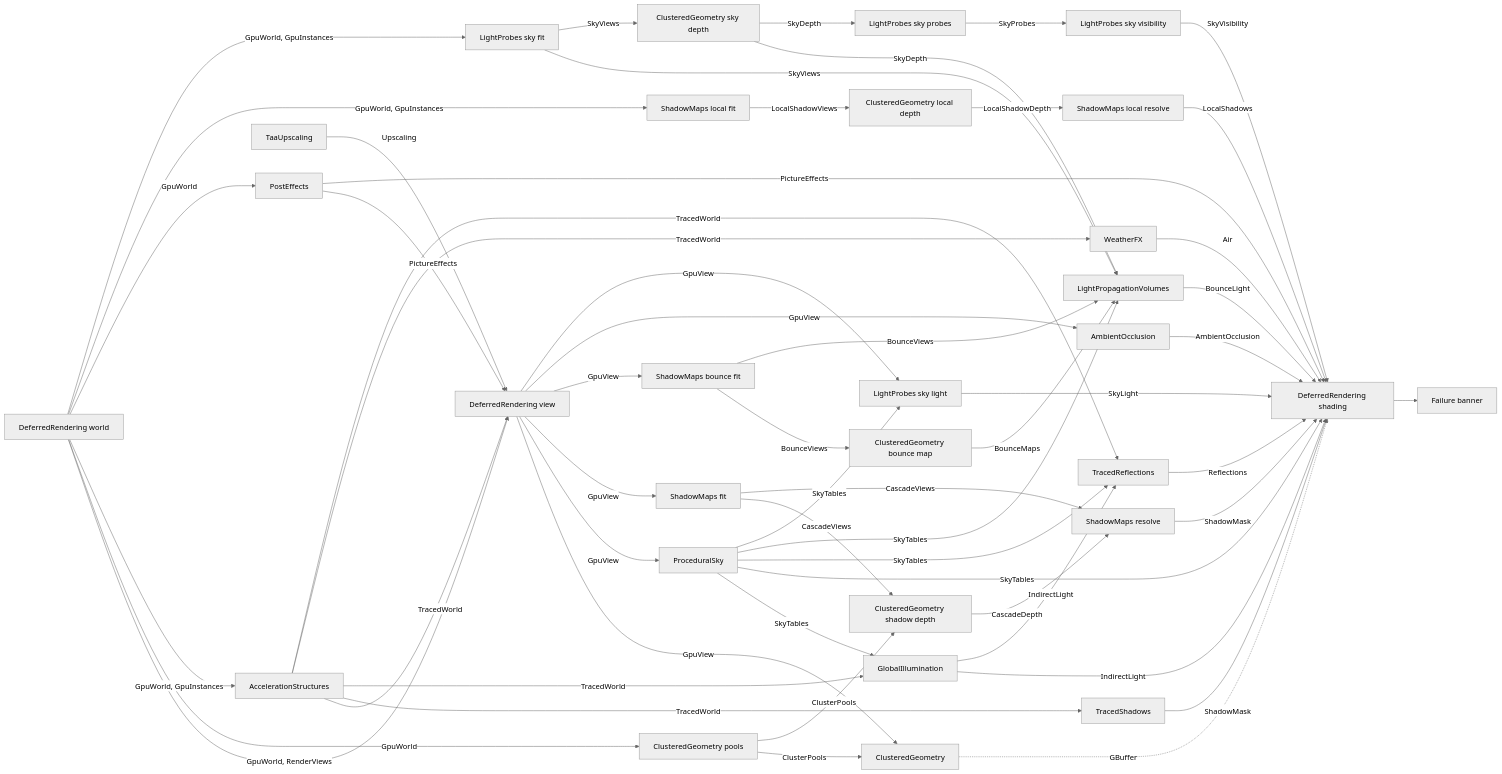
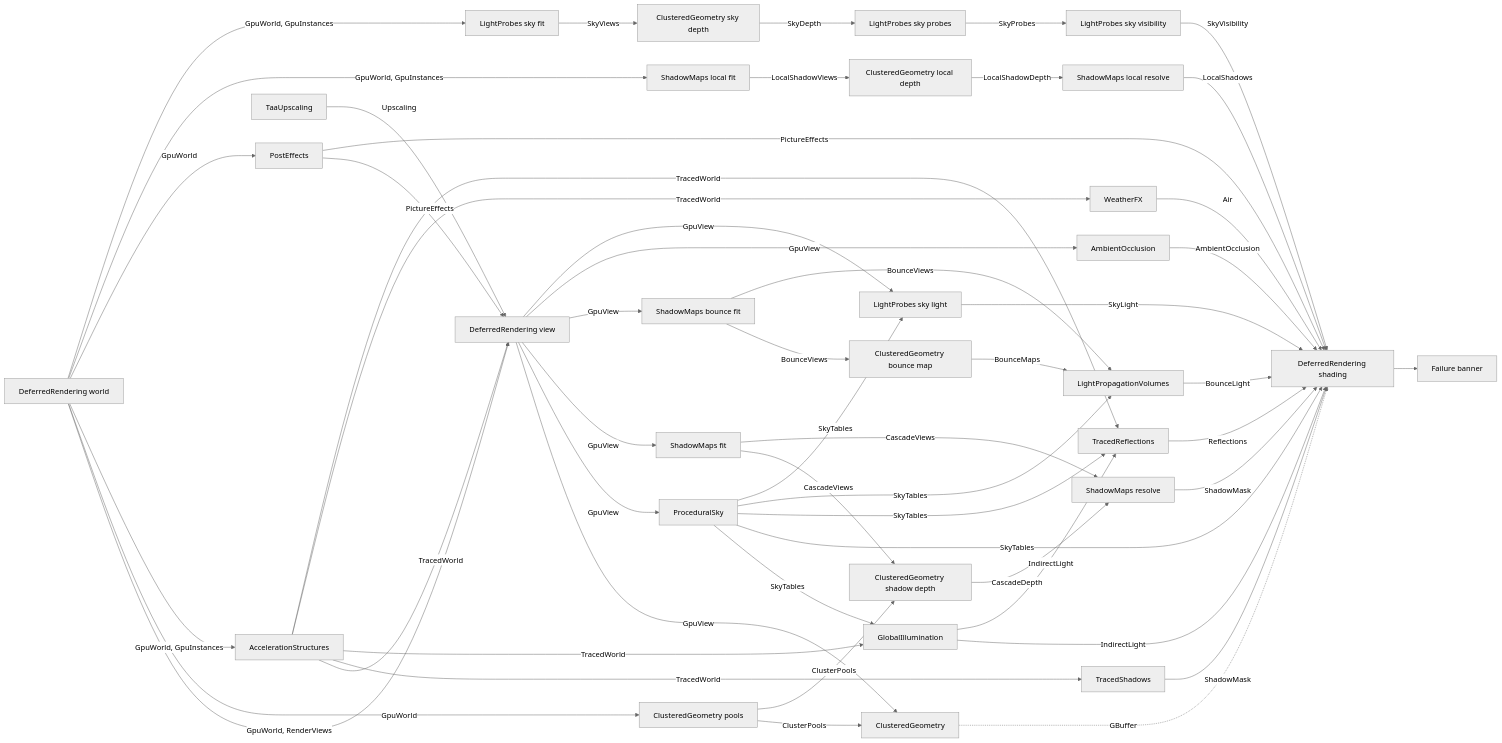
Before and after one commit to Konfus-org/Magic: the diagram in docs/RENDERING.md, drawn with Mermaid (neutral theme). The commit also changed other lines of this file and 6 other files, not shown here.

````diff
--- a/docs/RENDERING.md
+++ b/docs/RENDERING.md
@@ -12,56 +12,54 @@
 ```mermaid
 flowchart LR
     World[DeferredRendering world] -- GpuWorld, RenderViews --> View[DeferredRendering view]
     World -- GpuWorld --> Pools[ClusteredGeometry pools]
     World -- GpuWorld, GpuInstances --> Accel[AccelerationStructures]
     World -- GpuWorld --> Post[PostEffects]
     Taa[TaaUpscaling] -- Upscaling --> View
     Post -- PictureEffects --> View
     Accel -- TracedWorld --> View
     View -- GpuView --> Clusters[ClusteredGeometry]
     View -- GpuView --> Sky[ProceduralSky]
     Sky -- SkyTables --> GI
     Sky -- SkyTables --> Shading
     Sky -- SkyTables --> Refl
     Pools -- ClusterPools --> Clusters
     Accel -- TracedWorld --> Shadows[TracedShadows]
     Accel -- TracedWorld --> GI[GlobalIllumination]
     Accel -- TracedWorld --> Vol[WeatherFX]
     Shadows -- ShadowMask --> Shading[DeferredRendering shading]
     View -- GpuView --> Fit[ShadowMaps fit]
     Fit -- CascadeViews --> ShadowDepth[ClusteredGeometry shadow depth]
     Pools -- ClusterPools --> ShadowDepth
     ShadowDepth -- CascadeDepth --> Resolve[ShadowMaps resolve]
     Fit -- CascadeViews --> Resolve
     Resolve -- ShadowMask --> Shading
     World -- GpuWorld, GpuInstances --> LocalFit[ShadowMaps local fit]
     LocalFit -- LocalShadowViews --> LocalDepth[ClusteredGeometry local depth]
     LocalDepth -- LocalShadowDepth --> LocalResolve[ShadowMaps local resolve]
     LocalResolve -- LocalShadows --> Shading
     View -- GpuView --> BounceFit[ShadowMaps bounce fit]
     BounceFit -- BounceViews --> BounceDepth[ClusteredGeometry bounce map]
     BounceDepth -- BounceMaps --> Lpv[LightPropagationVolumes]
     BounceFit -- BounceViews --> Lpv
-    SkyFit -- SkyViews --> Lpv
-    SkyDepth -- SkyDepth --> Lpv
     Sky -- SkyTables --> Lpv
     Lpv -- BounceLight --> Shading
     View -- GpuView --> Gtao[AmbientOcclusion]
     Gtao -- AmbientOcclusion --> Shading
     View -- GpuView --> SkyLight[LightProbes sky light]
     Sky -- SkyTables --> SkyLight
     SkyLight -- SkyLight --> Shading
     World -- GpuWorld, GpuInstances --> SkyFit[LightProbes sky fit]
     SkyFit -- SkyViews --> SkyDepth[ClusteredGeometry sky depth]
     SkyDepth -- SkyDepth --> SkyProbes[LightProbes sky probes]
     SkyProbes -- SkyProbes --> SkySeen[LightProbes sky visibility]
     SkySeen -- SkyVisibility --> Shading
     GI -- IndirectLight --> Shading
     Accel -- TracedWorld --> Refl[TracedReflections]
     GI -- IndirectLight --> Refl
     Refl -- Reflections --> Shading
     Vol -- Air --> Shading
     Post -- PictureEffects --> Shading
     Clusters -. GBuffer .-> Shading
     Shading --> Banner[Failure banner]
 ```
````
